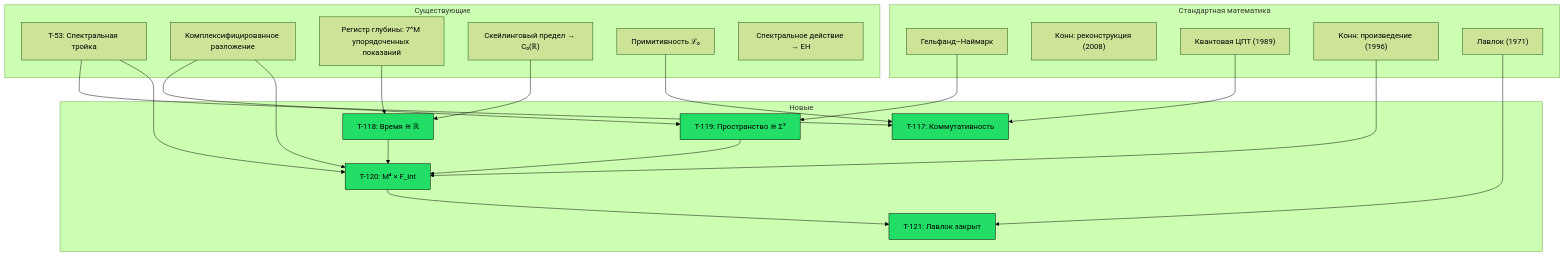
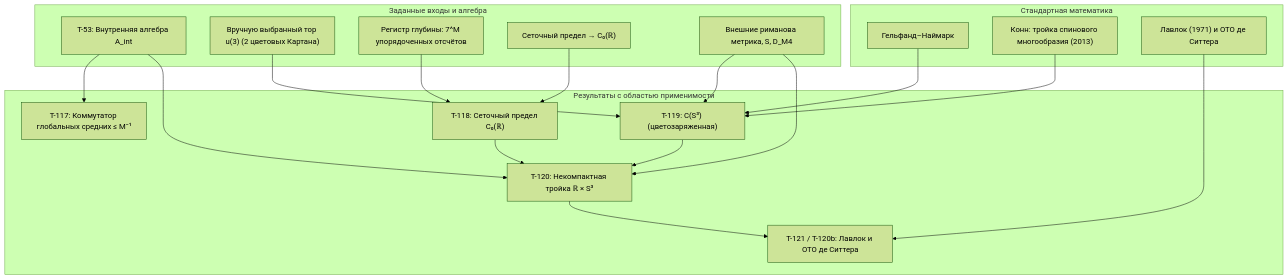
One commit to gst-st/uhm changed the diagram in website/i18n/ru/docusaurus-plugin-content-docs/current/proofs/physics/emergent-manifold.md. Above: the diagram before and after it, drawn with Mermaid (forest theme). The commit also changed other lines of this file and 376 other files, not shown here.

First line of the commit message:
Refactor UHM canon, decontaminate architecture, and verify EN/RU parity

````diff
--- a/website/i18n/ru/docusaurus-plugin-content-docs/current/proofs/physics/emergent-manifold.md
+++ b/website/i18n/ru/docusaurus-plugin-content-docs/current/proofs/physics/emergent-manifold.md
@@ -253,52 +206,38 @@
 ```mermaid
 graph TD
-    subgraph "Существующие"
-        T53["T-53: Спектральная тройка"]
-        SEC["Комплексифицированное разложение"]
-        NEFF["Регистр глубины: 7^M упорядоченных показаний"]
-        CLIM["Скейлинговый предел → C₀#40;ℝ#41;"]
-        PRIM["Примитивность ℒ₀"]
-        SPEC["Спектральное действие → EH"]
+    subgraph "Заданные входы и алгебра"
+        T53["T-53: Внутренняя алгебра A_int"]
+        TOR["Вручную выбранный тор u#40;3#41; #40;2 цветовых Картана#41;"]
+        NEFF["Регистр глубины: 7^M упорядоченных отсчётов"]
+        CLIM["Сеточный предел → C₀#40;ℝ#41;"]
+        EXTM["Внешние риманова метрика, S, D_M4"]
     end
 
     subgraph "Стандартная математика"
         GN["Гельфанд–Наймарк"]
-        CR["Конн: реконструкция #40;2008#41;"]
-        QCLT["Квантовая ЦПТ #40;1989#41;"]
-        CP["Конн: произведение #40;1996#41;"]
-        LOV["Лавлок #40;1971#41;"]
+        CR["Конн: тройка спинового многообразия #40;2013#41;"]
+        LOV["Лавлок #40;1971#41; и ОТО де Ситтера"]
     end
 
-    subgraph "Новые"
-        T117["T-117: Коммутативность"]
-        T118["T-118: Время ≅ ℝ"]
-        T119["T-119: Пространство ≅ Σ³"]
-        T120["T-120: M⁴ × F_int"]
-        T121["T-121: Лавлок закрыт"]
+    subgraph "Результаты с областью применимости"
+        T117["T-117: Коммутатор глобальных средних ≤ M⁻¹"]
+        T118["T-118: Сеточный предел C₀#40;ℝ#41;"]
+        T119["T-119: C#40;S³#41; #40;цветозаряженная#41;"]
+        T120["T-120: Некомпактная тройка ℝ × S³"]
+        T121["T-121 / T-120b: Лавлок и ОТО де Ситтера"]
     end
 
-    PRIM --> T117
-    QCLT --> T117
     T53 --> T117
-
     NEFF --> T118
     CLIM --> T118
-
     GN --> T119
-    SEC --> T119
-
+    TOR --> T119
+    CR --> T119
+    EXTM --> T119
     T118 --> T120
     T119 --> T120
     T53 --> T120
-    CP --> T120
-    SEC --> T120
-
+    EXTM --> T120
     T120 --> T121
     LOV --> T121
-
-    style T117 fill:#2d6,stroke:#000
-    style T118 fill:#2d6,stroke:#000
-    style T119 fill:#2d6,stroke:#000
-    style T120 fill:#2d6,stroke:#000
-    style T121 fill:#2d6,stroke:#000
 ```
````
